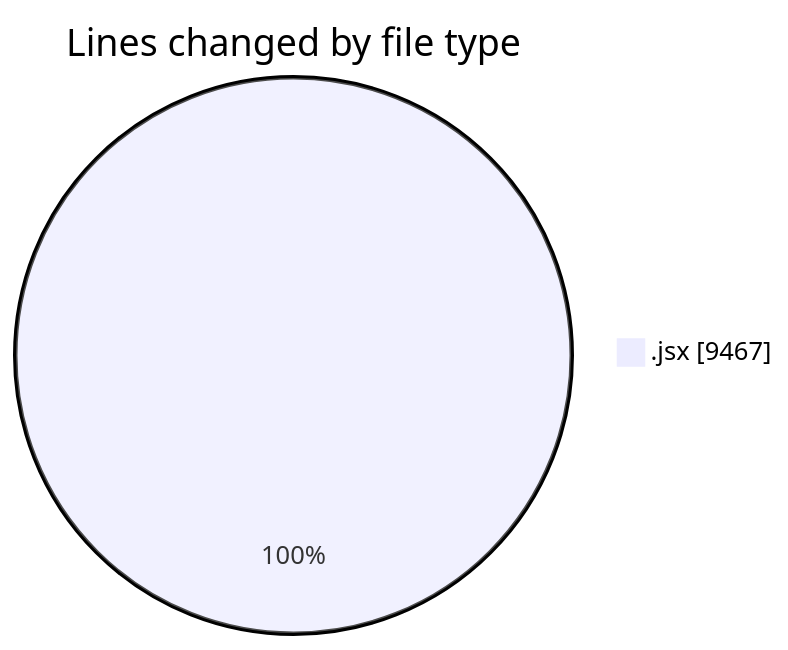
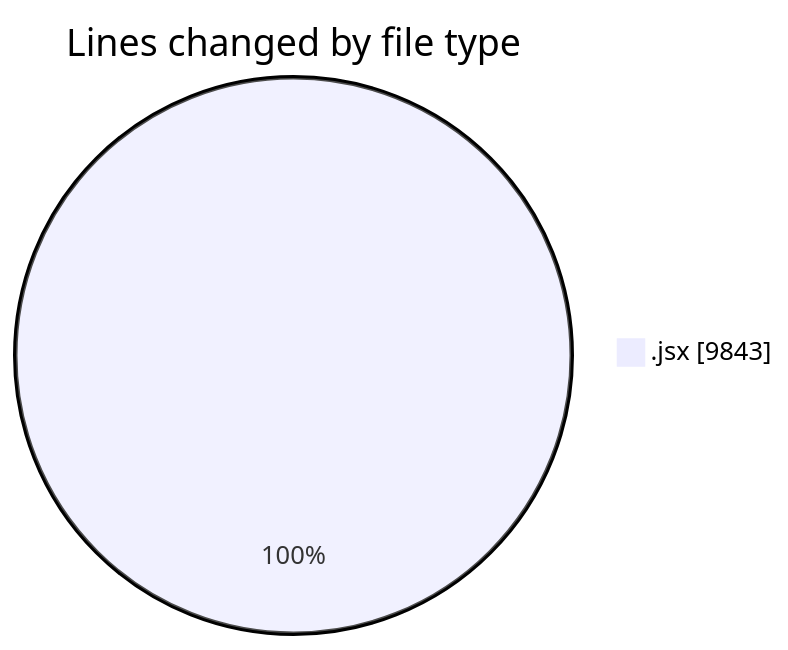
One commit to nxtqubesakshisongat/code-tracking changed the first of 2 diagrams in 2025-06-14/nxtqube_webapp/README.md. Above: the diagram before and after it, drawn with Mermaid. The commit also changed other lines of this file and 1 other file, not shown here.

````diff
--- a/2025-06-14/nxtqube_webapp/README.md
+++ b/2025-06-14/nxtqube_webapp/README.md
@@ -26,5 +27,5 @@
 ```mermaid
 pie showData
 title Lines changed by file type
-".jsx" : 9467
+".jsx" : 9843
 ```
````
